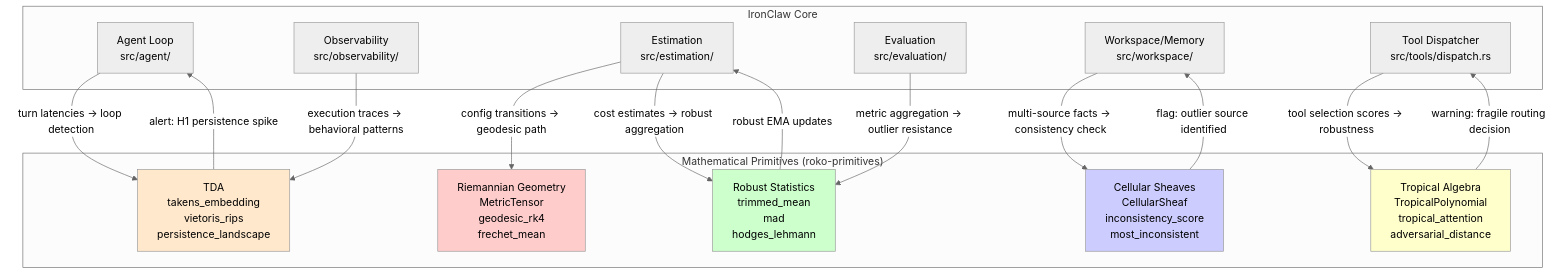
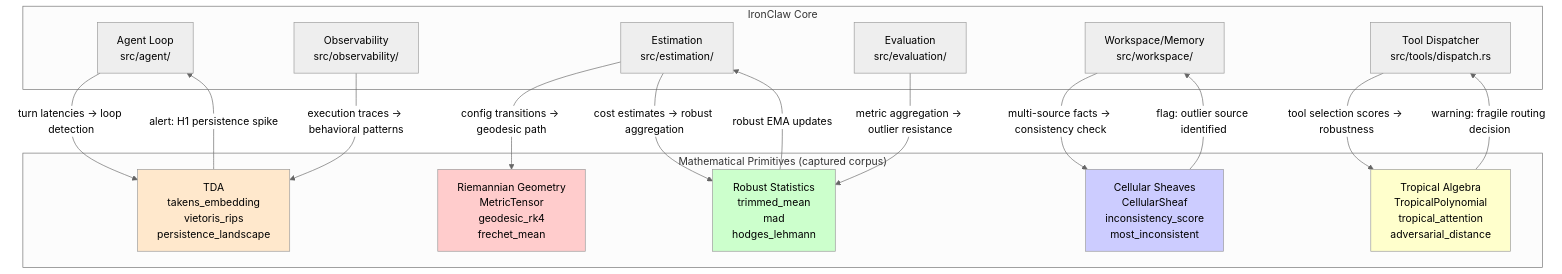
Before and after one commit to wpank/ironclaw: the fifth of 5 diagrams in tmp/core-concepts/mathematical-primitives.md, drawn with Mermaid (neutral theme). The commit also changed other lines of this file and 140 other files, not shown here.

````diff
--- a/tmp/core-concepts/mathematical-primitives.md
+++ b/tmp/core-concepts/mathematical-primitives.md
@@ -655,38 +655,38 @@
 ```mermaid
 flowchart TD
     subgraph "IronClaw Core"
         IC["Agent Loop\nsrc/agent/"]
         OBS["Observability\nsrc/observability/"]
         EST["Estimation\nsrc/estimation/"]
         EVL["Evaluation\nsrc/evaluation/"]
         WS["Workspace/Memory\nsrc/workspace/"]
         DISP["Tool Dispatcher\nsrc/tools/dispatch.rs"]
     end
 
-    subgraph "Mathematical Primitives (roko-primitives)"
+    subgraph "Mathematical Primitives (captured corpus)"
         TDA["TDA\ntakens_embedding\nvietoris_rips\npersistence_landscape"]
         SHF["Cellular Sheaves\nCellularSheaf\ninconsistency_score\nmost_inconsistent"]
         RIM["Riemannian Geometry\nMetricTensor\ngeodesic_rk4\nfrechet_mean"]
         TRP["Tropical Algebra\nTropicalPolynomial\ntropical_attention\nadversarial_distance"]
         RST["Robust Statistics\ntrimmed_mean\nmad\nhodges_lehmann"]
     end
 
     IC -->|"turn latencies -> loop detection"| TDA
     OBS -->|"execution traces -> behavioral patterns"| TDA
     WS -->|"multi-source facts -> consistency check"| SHF
     EST -->|"config transitions -> geodesic path"| RIM
     EST -->|"cost estimates -> robust aggregation"| RST
     EVL -->|"metric aggregation -> outlier resistance"| RST
     DISP -->|"tool selection scores -> robustness"| TRP
 
     TDA --> |"alert: H1 persistence spike"| IC
     SHF --> |"flag: outlier source identified"| WS
     TRP --> |"warning: fragile routing decision"| DISP
     RST --> |"robust EMA updates"| EST
 
     style RST fill:#ccffcc
     style TDA fill:#ffe8cc
     style SHF fill:#ccccff
     style RIM fill:#ffcccc
     style TRP fill:#ffffcc
 ```
````
